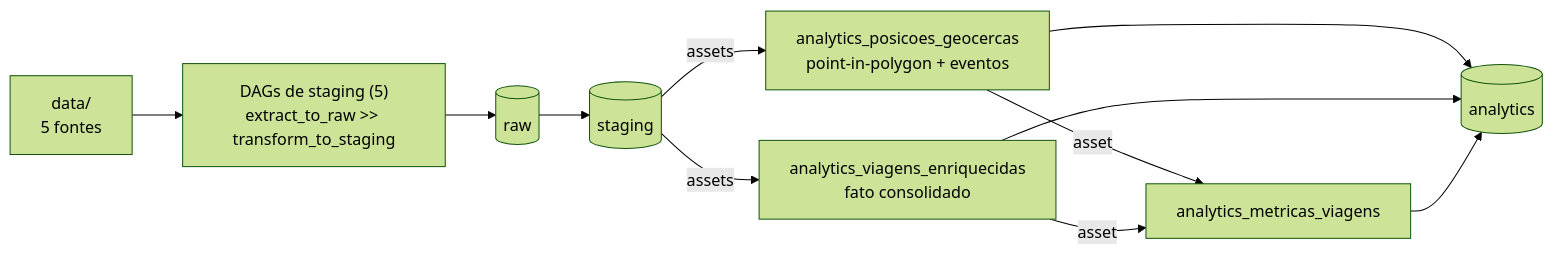
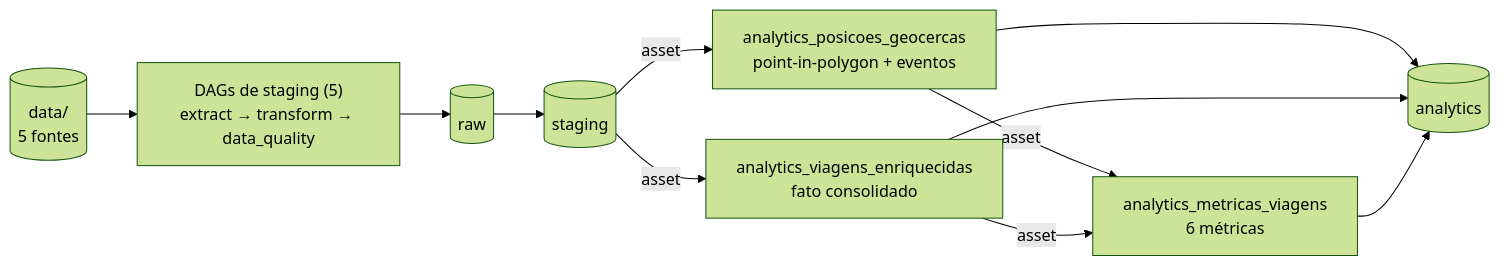
The diagram in README.md (vhfleury/teste-tecnico2), drawn with Mermaid (forest theme) before and after one commit. The commit also changed other lines of this file, not shown here.

````diff
--- a/README.md
+++ b/README.md
@@ -33,10 +40,13 @@
 ```mermaid
 flowchart LR
-    D["data/<br/>5 fontes"] --> S["DAGs de staging (5)<br/>extract_to_raw >> transform_to_staging"]
-    S --> RAW[("raw")] --> STG[("staging")]
-    STG -- assets --> PG["analytics_posicoes_geocercas<br/>point-in-polygon + eventos"]
-    STG -- assets --> VE["analytics_viagens_enriquecidas<br/>fato consolidado"]
-    PG -- asset --> MV["analytics_metricas_viagens"]
+    DATA[("data/<br/>5 fontes")] --> SDAG["DAGs de staging (5)<br/>extract → transform → data_quality"]
+    SDAG --> RAW[("raw")]
+    RAW --> STG[("staging")]
+    STG -- asset --> PG["analytics_posicoes_geocercas<br/>point-in-polygon + eventos"]
+    STG -- asset --> VE["analytics_viagens_enriquecidas<br/>fato consolidado"]
+    PG -- asset --> MV["analytics_metricas_viagens<br/>6 métricas"]
     VE -- asset --> MV
-    PG & VE & MV --> GOLD[("analytics")]
+    PG --> GOLD[("analytics")]
+    VE --> GOLD
+    MV --> GOLD
 ```
````
